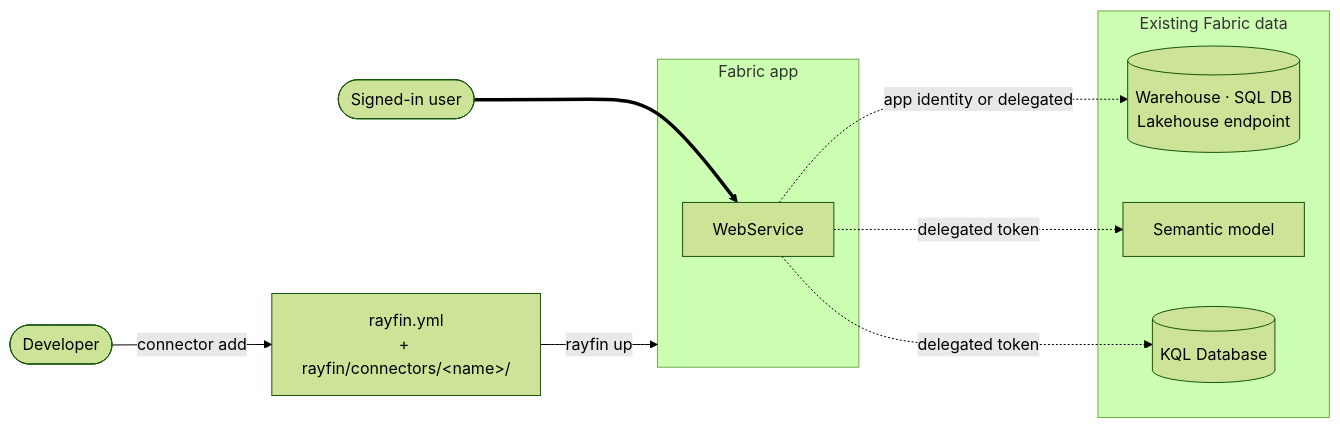
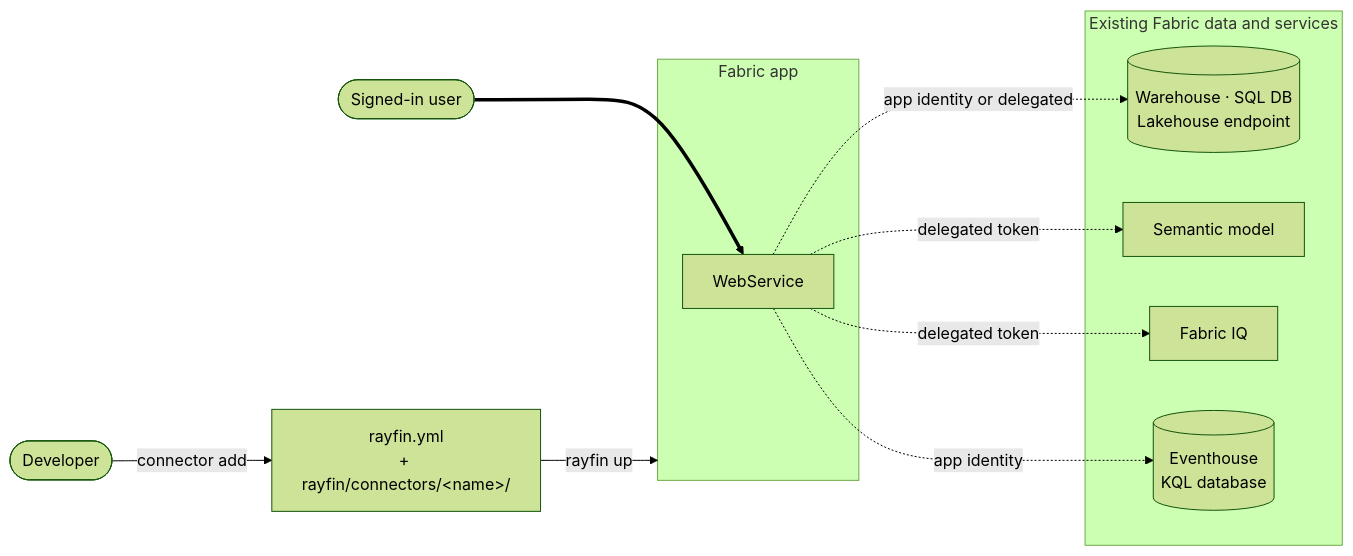
One commit to spatney/rayfin-docs changed the diagram in content/docs/connectors/index.mdx. Above: the diagram before and after it, drawn with Mermaid (forest theme). The commit also changed other lines of this file and 108 other files, not shown here.

````diff
--- a/content/docs/connectors/index.mdx
+++ b/content/docs/connectors/index.mdx
@@ -72,25 +96,27 @@
 ```mermaid
 flowchart LR
   Dev(["Developer"]) -->|"connector add"| YML["rayfin.yml<br/>+ rayfin/connectors/&lt;name&gt;/"]
   YML -->|"rayfin up"| App
 
   subgraph App["Fabric app"]
     Web["WebService"]
   end
 
-  subgraph Sources["Existing Fabric data"]
+  subgraph Sources["Existing Fabric data and services"]
     SQL[("Warehouse · SQL DB<br/>Lakehouse endpoint")]
     Model["Semantic model"]
-    KQL[("KQL Database")]
+    IQ["Fabric IQ"]
+    KQL[("Eventhouse<br/>KQL database")]
   end
 
   User(["Signed-in user"]) ==> Web
   Web -.->|"app identity or delegated"| SQL
   Web -.->|"delegated token"| Model
-  Web -.->|"delegated token"| KQL
+  Web -.->|"delegated token"| IQ
+  Web -.->|"app identity"| KQL
 
   class Dev,User actor
   class Web,YML service
   class SQL,KQL store
-  class Model external
+  class Model,IQ external
 ```
````
